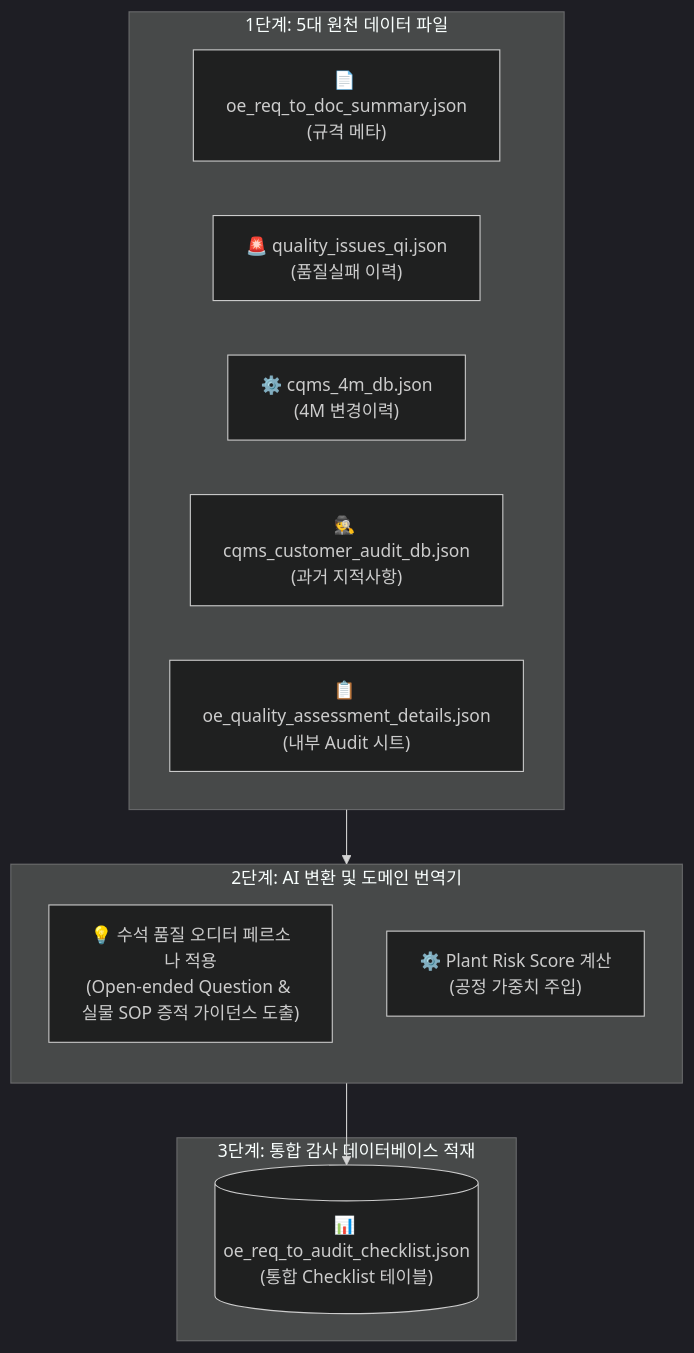
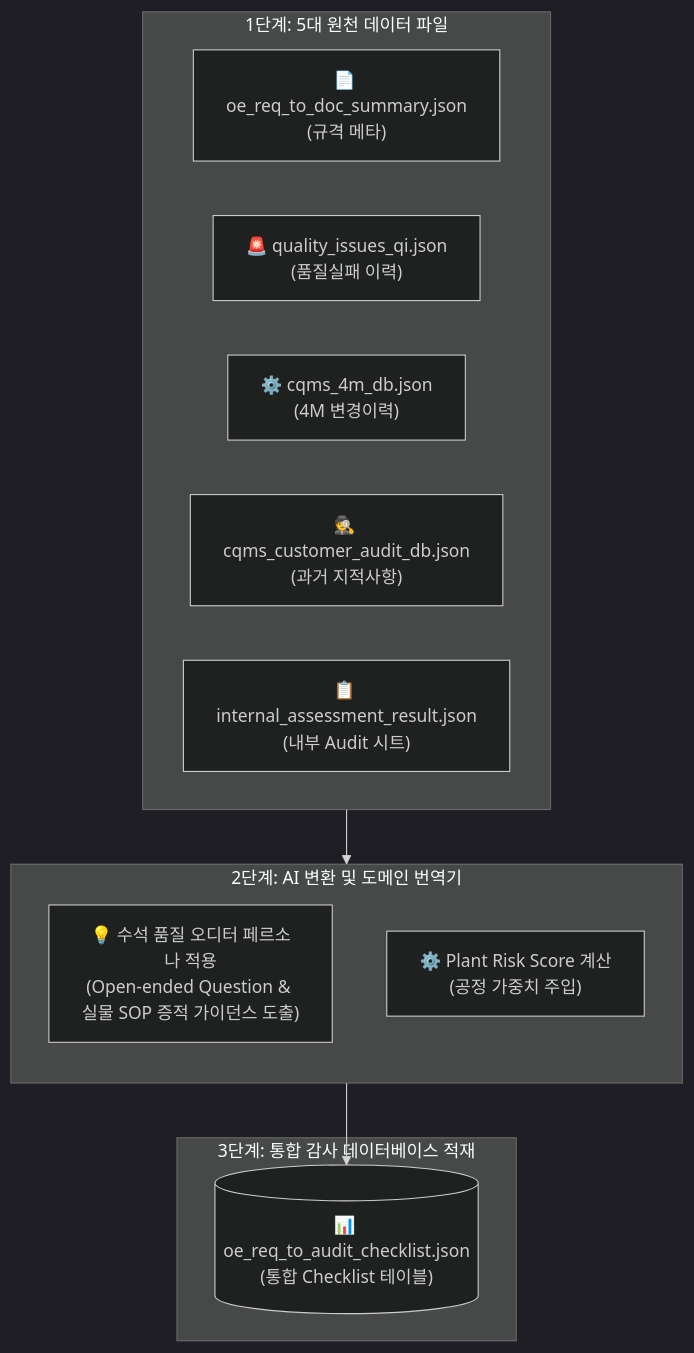
The diagram in context/03_product_database_schema.md (jumasi-34/RiskHunter), drawn with Mermaid (dark theme) before and after one commit. The commit also changed other lines of this file and 3 other files, not shown here.

Commit message:
docs/refactor: rename oe_quality_assessment_details.json to internal_assessment_result.json & update references

````diff
--- a/context/03_product_database_schema.md
+++ b/context/03_product_database_schema.md
@@ -30,25 +30,25 @@
 ```mermaid
 flowchart TD
     subgraph Raw_Resources ["1단계: 5대 원천 데이터 파일"]
         direction LR
         SRC_DOC["📄 oe_req_to_doc_summary.json<br>(규격 메타)"]
         SRC_QI["🚨 quality_issues_qi.json<br>(품질실패 이력)"]
         SRC_4M["⚙️ cqms_4m_db.json<br>(4M 변경이력)"]
         SRC_AUD["🕵️ cqms_customer_audit_db.json<br>(과거 지적사항)"]
-        SRC_INT["📋 oe_quality_assessment_details.json<br>(내부 Audit 시트)"]
+        SRC_INT["📋 internal_assessment_result.json<br>(내부 Audit 시트)"]
     end
 
     subgraph AI_Parser_Engine ["2단계: AI 변환 및 도메인 번역기"]
         direction TB
         PROMPT["💡 수석 품질 오디터 페르소나 적용<br>(Open-ended Question & 실물 SOP 증적 가이던스 도출)"]
         BOOST["⚙️ Plant Risk Score 계산<br>(공정 가중치 주입)"]
     end
 
     subgraph Consolidated_Virtual_DB ["3단계: 통합 감사 데이터베이스 적재"]
         T_UAC[("📊 oe_req_to_audit_checklist.json<br>(통합 Checklist 테이블)")]
     end
 
     %% 데이터 흐름 연결
     Raw_Resources --> AI_Parser_Engine
     AI_Parser_Engine --> T_UAC
 ```
````
